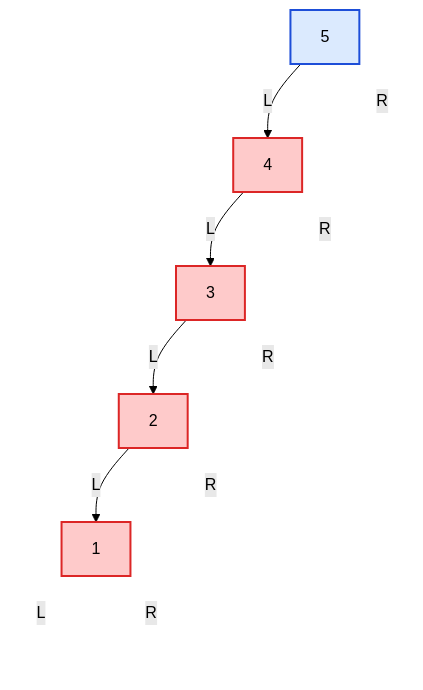
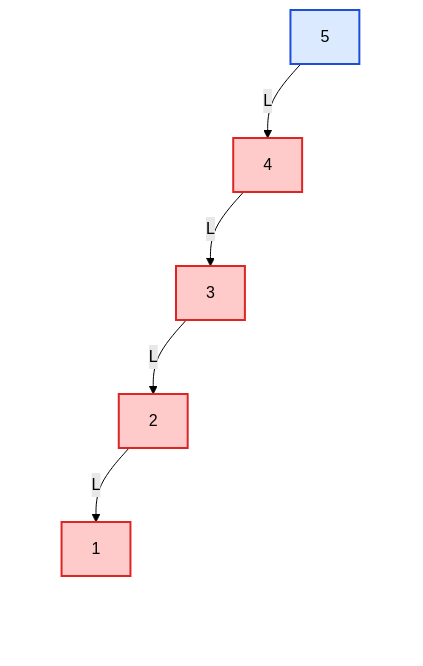
The second of 6 diagrams in knowledge/linux/data_structures/红黑树_rb-tree/P04_为什么_BST_会退化.md (FormingSystem/linux_note), drawn with Mermaid (forest theme) before and after one commit. The commit also changed other lines of this file and 2 other files, not shown here.

````diff
--- a/knowledge/linux/data_structures/红黑树_rb-tree/P04_为什么_BST_会退化.md
+++ b/knowledge/linux/data_structures/红黑树_rb-tree/P04_为什么_BST_会退化.md
@@ -139,50 +139,50 @@
 ```mermaid
 graph TD
 		A["5"]
 
 		B["4"]
 		A_R[" "]
 
 		C["3"]
 		B_R[" "]
 
 		D["2"]
 		C_R[" "]
 
 		E["1"]
 		D_R[" "]
 
 		E_L[" "]
 		E_R[" "]
 
 	A -->|L| B
-	A -->|R| A_R
+	A --> A_R
 
 	B -->|L| C
-	B -->|R| B_R
+	B --> B_R
 
 	C -->|L| D
-	C -->|R| C_R
+	C --> C_R
 
 	D -->|L| E
-	D -->|R| D_R
+	D --> D_R
 
-	E -->|L| E_L
-	E -->|R| E_R
+	E --> E_L
+	E --> E_R
 
 	classDef root_node fill:#dbeafe,stroke:#1d4ed8,stroke-width:2px,color:#000;
 	classDef bad_node fill:#fecaca,stroke:#dc2626,stroke-width:2px,color:#000;
 	classDef ghost fill:transparent,stroke:transparent,color:transparent;
 
 	class A root_node;
 	class B,C,D,E bad_node;
 	class A_R,B_R,C_R,D_R,E_L,E_R ghost;
 
 
 	linkStyle 1 stroke:transparent;
 	linkStyle 3 stroke:transparent;
 	linkStyle 5 stroke:transparent;
 	linkStyle 7 stroke:transparent;
 	linkStyle 8 stroke:transparent;
 	linkStyle 9 stroke:transparent;
 ```
````
